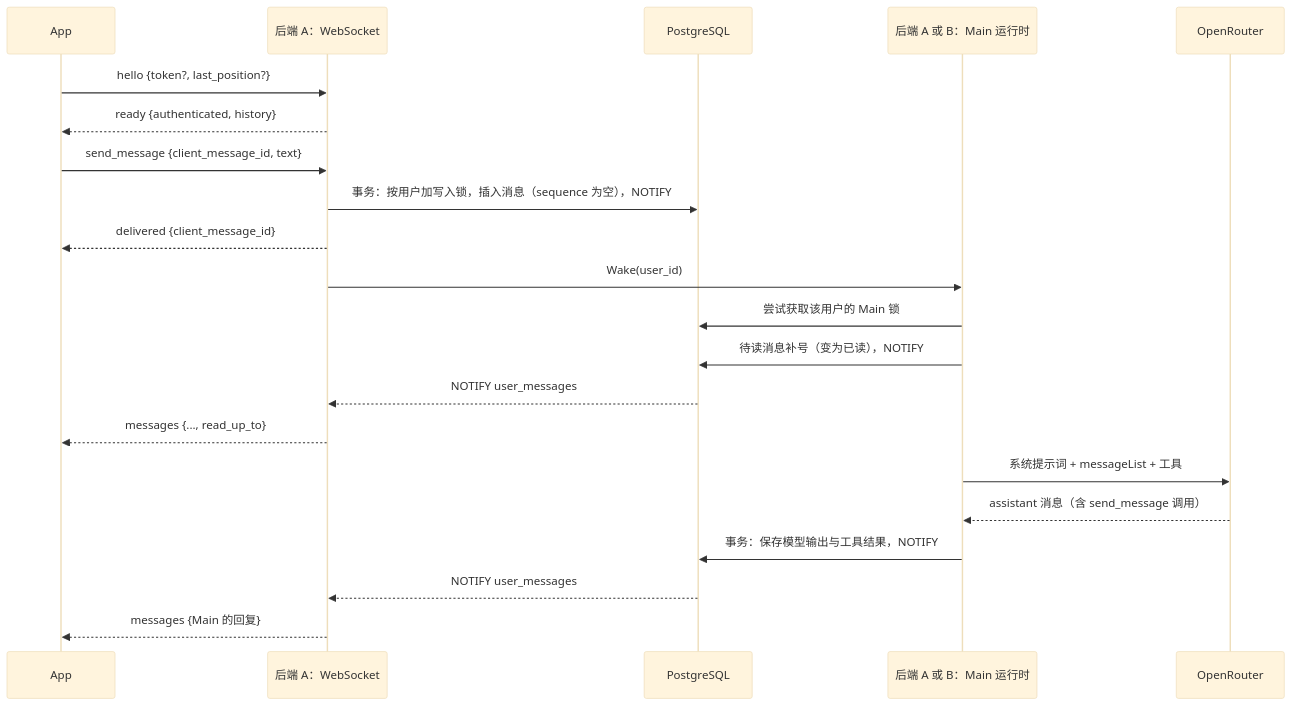
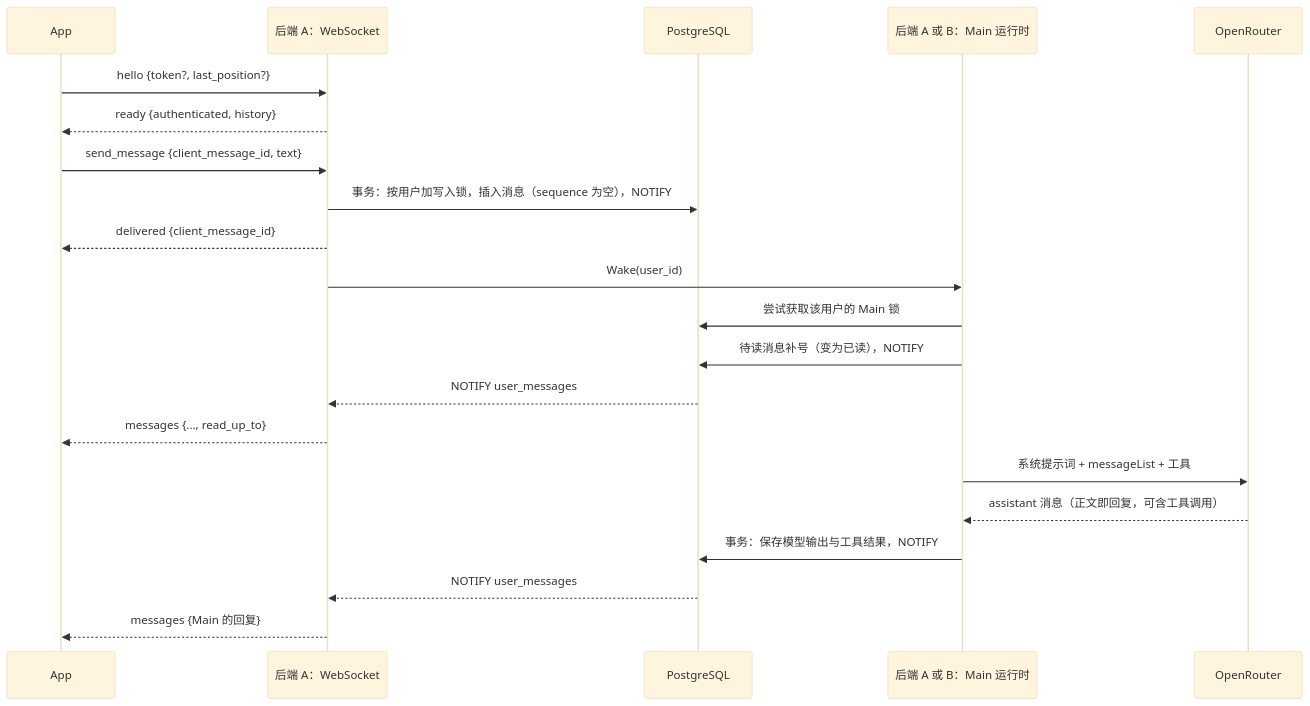
Before and after one commit to OmniNetOpensource/aether-personal: the diagram in docs/wiki/04-messaging.md, drawn with Mermaid (base theme). The commit also changed other lines of this file and 65 other files, not shown here.

````diff
--- a/docs/wiki/04-messaging.md
+++ b/docs/wiki/04-messaging.md
@@ -34,24 +34,24 @@
 ```mermaid
 sequenceDiagram
     participant App
     participant WS as 后端 A：WebSocket
     participant DB as PostgreSQL
     participant Runner as 后端 A 或 B：Main 运行时
     participant Model as OpenRouter
 
     App->>WS: hello {token?, last_position?}
     WS-->>App: ready {authenticated, history}
     App->>WS: send_message {client_message_id, text}
     WS->>DB: 事务：按用户加写入锁，插入消息（sequence 为空），NOTIFY
     WS-->>App: delivered {client_message_id}
     WS->>Runner: Wake(user_id)
     Runner->>DB: 尝试获取该用户的 Main 锁
     Runner->>DB: 待读消息补号（变为已读），NOTIFY
     DB-->>WS: NOTIFY user_messages
     WS-->>App: messages {..., read_up_to}
     Runner->>Model: 系统提示词 + messageList + 工具
-    Model-->>Runner: assistant 消息（含 send_message 调用）
+    Model-->>Runner: assistant 消息（正文即回复，可含工具调用）
     Runner->>DB: 事务：保存模型输出与工具结果，NOTIFY
     DB-->>WS: NOTIFY user_messages
     WS-->>App: messages {Main 的回复}
 ```
````
